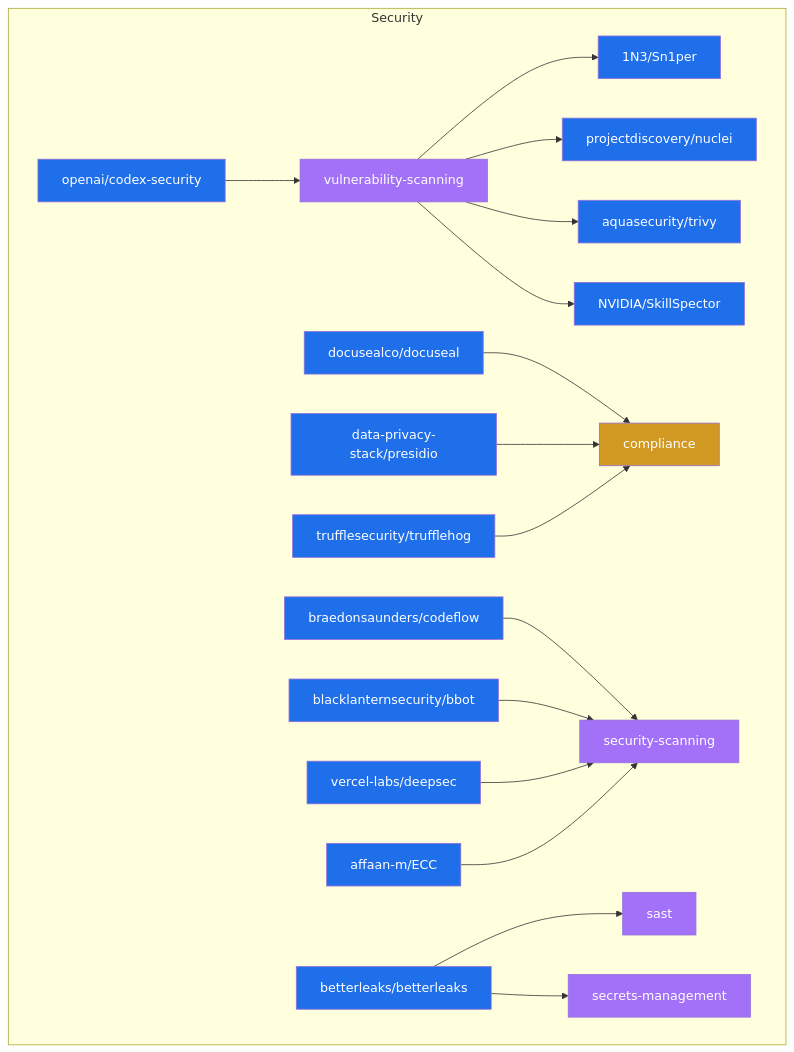
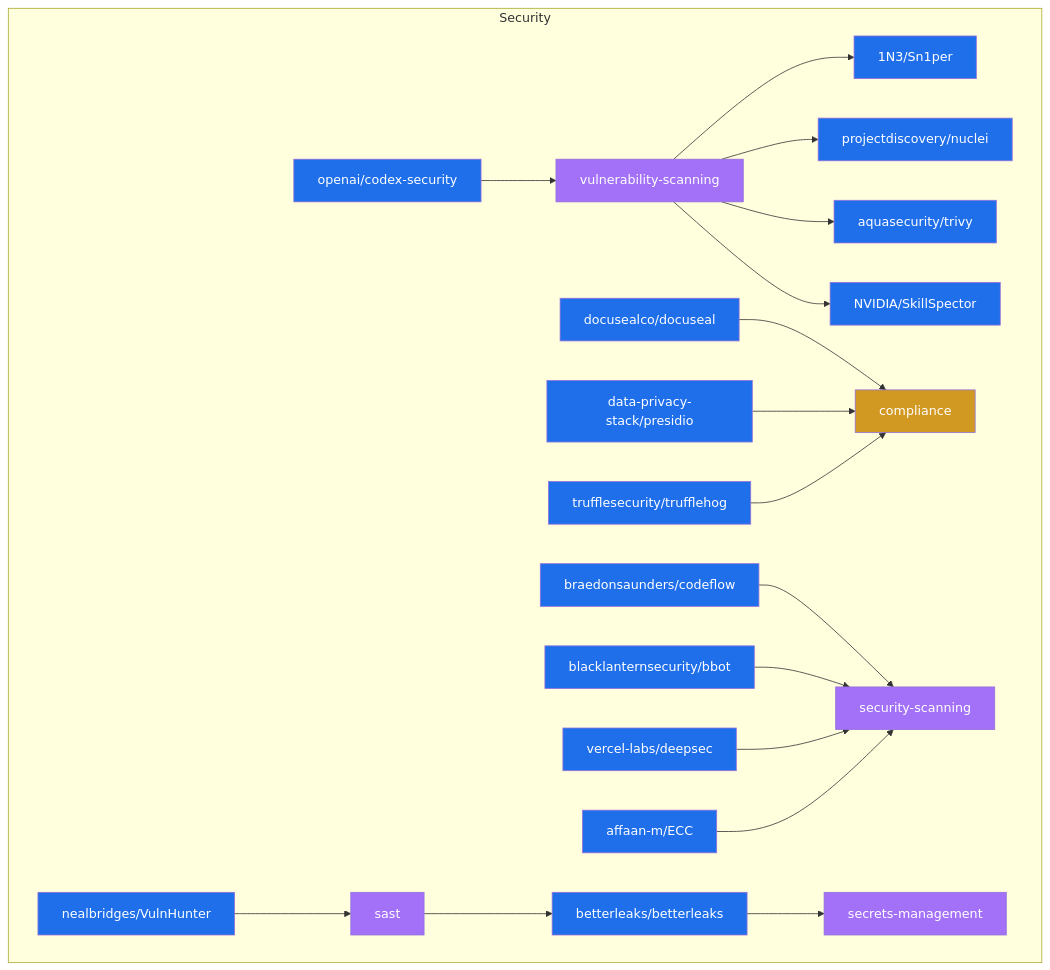
The diagram in data/star_graph_security.mermaid (Meru143/star-graph), drawn with Mermaid before and after one commit. The commit also changed 15 other files, not shown here.

Commit message:
chore: weekly star graph update 2026-10-12

```diff
--- a/data/star_graph_security.mermaid
+++ b/data/star_graph_security.mermaid
@@ -1,40 +1,42 @@
 graph TD
   subgraph security ["Security"]
     1N3_Sn1per["1N3/Sn1per"]:::repo
+    blacklanternsecurity_bbot["blacklanternsecurity/bbot"]:::repo
+    secrets_management["secrets-management"]:::topic
+    vercel_labs_deepsec["vercel-labs/deepsec"]:::repo
+    nealbridges_VulnHunter["nealbridges/VulnHunter"]:::repo
+    docusealco_docuseal["docusealco/docuseal"]:::repo
     vulnerability_scanning["vulnerability-scanning"]:::topic
+    trufflesecurity_trufflehog["trufflesecurity/trufflehog"]:::repo
+    projectdiscovery_nuclei["projectdiscovery/nuclei"]:::repo
     security_scanning["security-scanning"]:::topic
+    data_privacy_stack_presidio["data-privacy-stack/presidio"]:::repo
+    sast["sast"]:::topic
+    aquasecurity_trivy["aquasecurity/trivy"]:::repo
+    NVIDIA_SkillSpector["NVIDIA/SkillSpector"]:::repo
     affaan_m_ECC["affaan-m/ECC"]:::repo
+    compliance["compliance"]:::use_case
+    betterleaks_betterleaks["betterleaks/betterleaks"]:::repo
     openai_codex_security["openai/codex-security"]:::repo
-    compliance["compliance"]:::use_case
-    vercel_labs_deepsec["vercel-labs/deepsec"]:::repo
-    trufflesecurity_trufflehog["trufflesecurity/trufflehog"]:::repo
-    docusealco_docuseal["docusealco/docuseal"]:::repo
-    sast["sast"]:::topic
-    projectdiscovery_nuclei["projectdiscovery/nuclei"]:::repo
-    betterleaks_betterleaks["betterleaks/betterleaks"]:::repo
-    blacklanternsecurity_bbot["blacklanternsecurity/bbot"]:::repo
     braedonsaunders_codeflow["braedonsaunders/codeflow"]:::repo
-    data_privacy_stack_presidio["data-privacy-stack/presidio"]:::repo
-    aquasecurity_trivy["aquasecurity/trivy"]:::repo
-    secrets_management["secrets-management"]:::topic
-    NVIDIA_SkillSpector["NVIDIA/SkillSpector"]:::repo
   end
+  nealbridges_VulnHunter --> sast
+  sast --> betterleaks_betterleaks
   openai_codex_security --> vulnerability_scanning
   vulnerability_scanning --> projectdiscovery_nuclei
   vulnerability_scanning --> aquasecurity_trivy
   vulnerability_scanning --> NVIDIA_SkillSpector
   vulnerability_scanning --> 1N3_Sn1per
   docusealco_docuseal --> compliance
   data_privacy_stack_presidio --> compliance
   braedonsaunders_codeflow --> security_scanning
   trufflesecurity_trufflehog --> compliance
-  betterleaks_betterleaks --> sast
   betterleaks_betterleaks --> secrets_management
   blacklanternsecurity_bbot --> security_scanning
   vercel_labs_deepsec --> security_scanning
   affaan_m_ECC --> security_scanning
   classDef repo fill:#1f6feb,color:#fff;
   classDef topic fill:#a371f7,color:#fff;
   classDef technology fill:#3fb950,color:#fff;
   classDef use_case fill:#d29922,color:#fff;
   classDef architecture fill:#f85149,color:#fff;
```
